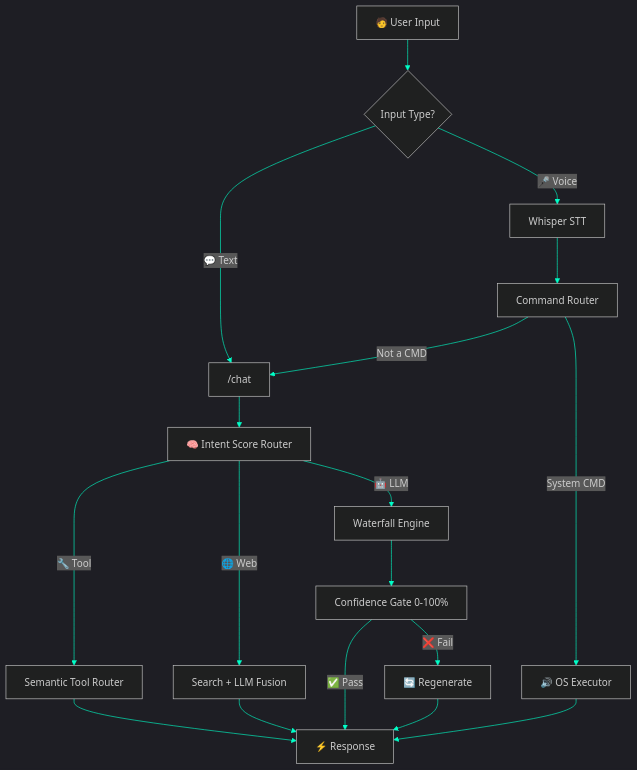
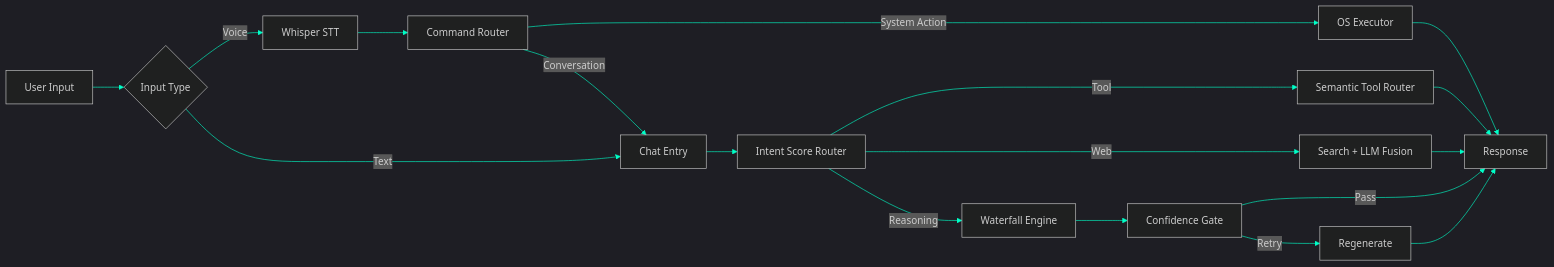
Before and after one commit to ansh2222949/ansh2222949: the diagram in README.md, drawn with Mermaid. The commit also changed other lines of this file and 1 other file, not shown here.

````diff
--- a/README.md
+++ b/README.md
@@ -174,21 +146,21 @@
 ```mermaid
-%%{init: {'theme': 'dark', 'themeVariables': { 'primaryColor': '#ff0040', 'primaryTextColor': '#c9d1d9', 'primaryBorderColor': '#00ffc8', 'lineColor': '#00ffc8', 'secondaryColor': '#161b22', 'tertiaryColor': '#0d1117'}}}%%
-flowchart TD
-    A["🧑 User Input"] --> B{Input Type?}
-    B -->|"💬 Text"| C["/chat"]
-    B -->|"🎤 Voice"| D["Whisper STT"]
-    D --> E["Command Router"]
-    E -->|"System CMD"| F["🔊 OS Executor"]
-    E -->|"Not a CMD"| C
-    C --> G["🧠 Intent Score Router"]
-    G -->|"🔧 Tool"| H["Semantic Tool Router"]
-    G -->|"🌐 Web"| I["Search + LLM Fusion"]
-    G -->|"🤖 LLM"| J["Waterfall Engine"]
-    H --> K["⚡ Response"]
-    I --> K
-    J --> L["Confidence Gate 0-100%"]
-    L -->|"✅ Pass"| K
-    L -->|"❌ Fail"| M["🔄 Regenerate"]
-    M --> K
-    F --> K
+%%{init: {'theme': 'dark', 'themeVariables': { 'primaryColor': '#101826', 'primaryTextColor': '#c9d1d9', 'primaryBorderColor': '#00ffc8', 'lineColor': '#00ffc8', 'secondaryColor': '#151b27', 'tertiaryColor': '#0d1117'}}}%%
+flowchart LR
+    A["User Input"] --> B{"Input Type"}
+    B -->|"Voice"| C["Whisper STT"]
+    B -->|"Text"| D["Chat Entry"]
+    C --> E["Command Router"]
+    E -->|"System Action"| F["OS Executor"]
+    E -->|"Conversation"| D
+    D --> G["Intent Score Router"]
+    G -->|"Tool"| H["Semantic Tool Router"]
+    G -->|"Web"| I["Search + LLM Fusion"]
+    G -->|"Reasoning"| J["Waterfall Engine"]
+    J --> K["Confidence Gate"]
+    K -->|"Pass"| L["Response"]
+    K -->|"Retry"| M["Regenerate"]
+    H --> L
+    I --> L
+    M --> L
+    F --> L
 ```
````
